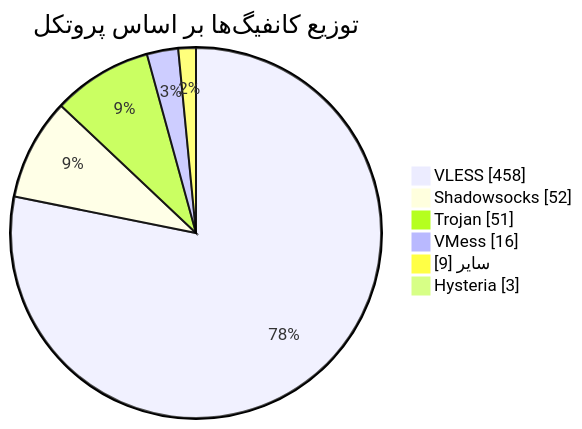
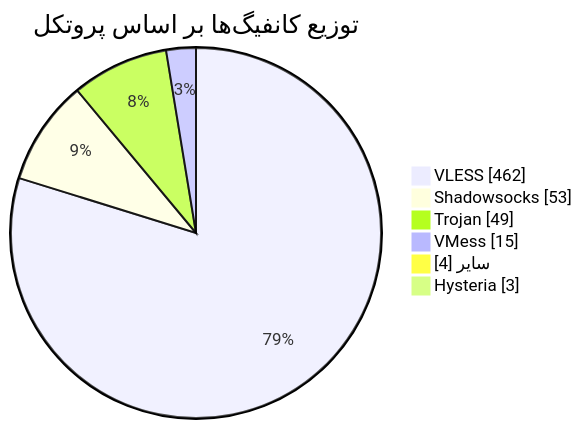
The diagram in README.md (Arian-Alijani/Somthing), drawn with Mermaid before and after one commit. The commit also changed other lines of this file and 17 other files, not shown here.

````diff
--- a/README.md
+++ b/README.md
@@ -48,10 +48,10 @@
 ```mermaid
 pie showData
     title توزیع کانفیگ‌ها بر اساس پروتکل
-    "VLESS" : 458
-    "Shadowsocks" : 52
-    "Trojan" : 51
-    "VMess" : 16
-    "سایر" : 9
+    "VLESS" : 462
+    "Shadowsocks" : 53
+    "Trojan" : 49
+    "VMess" : 15
+    "سایر" : 4
     "Hysteria" : 3
 ```
````
